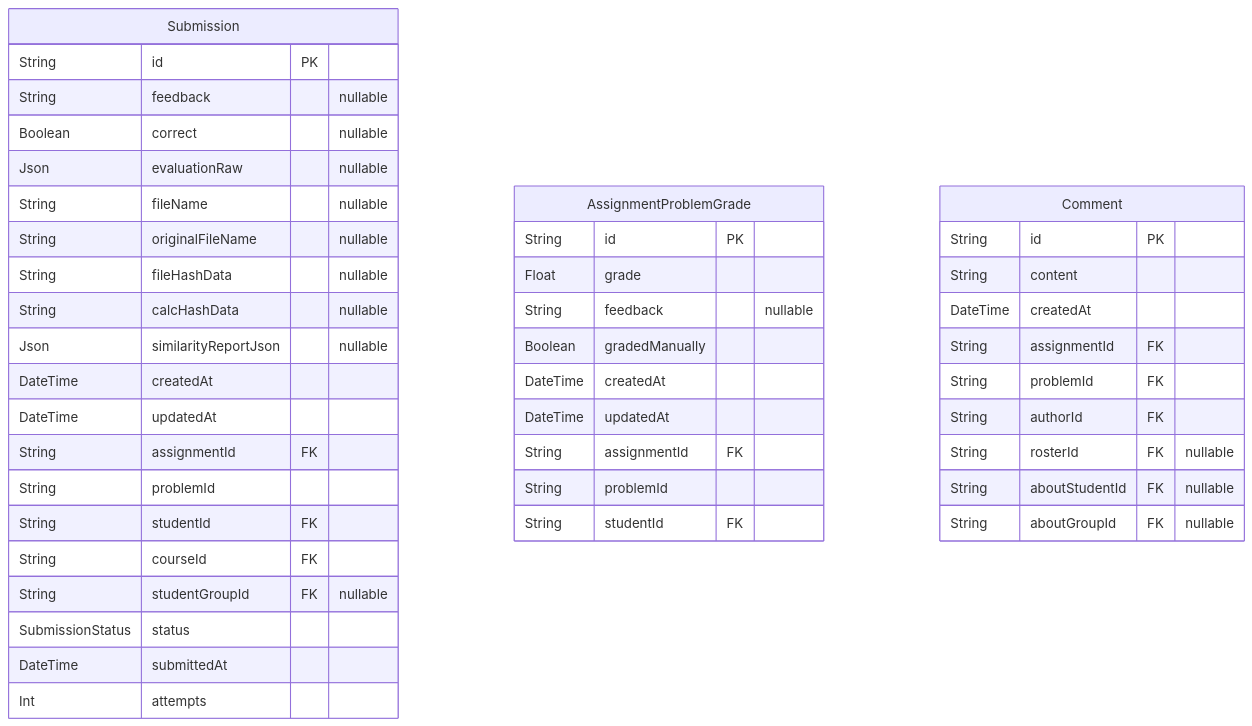
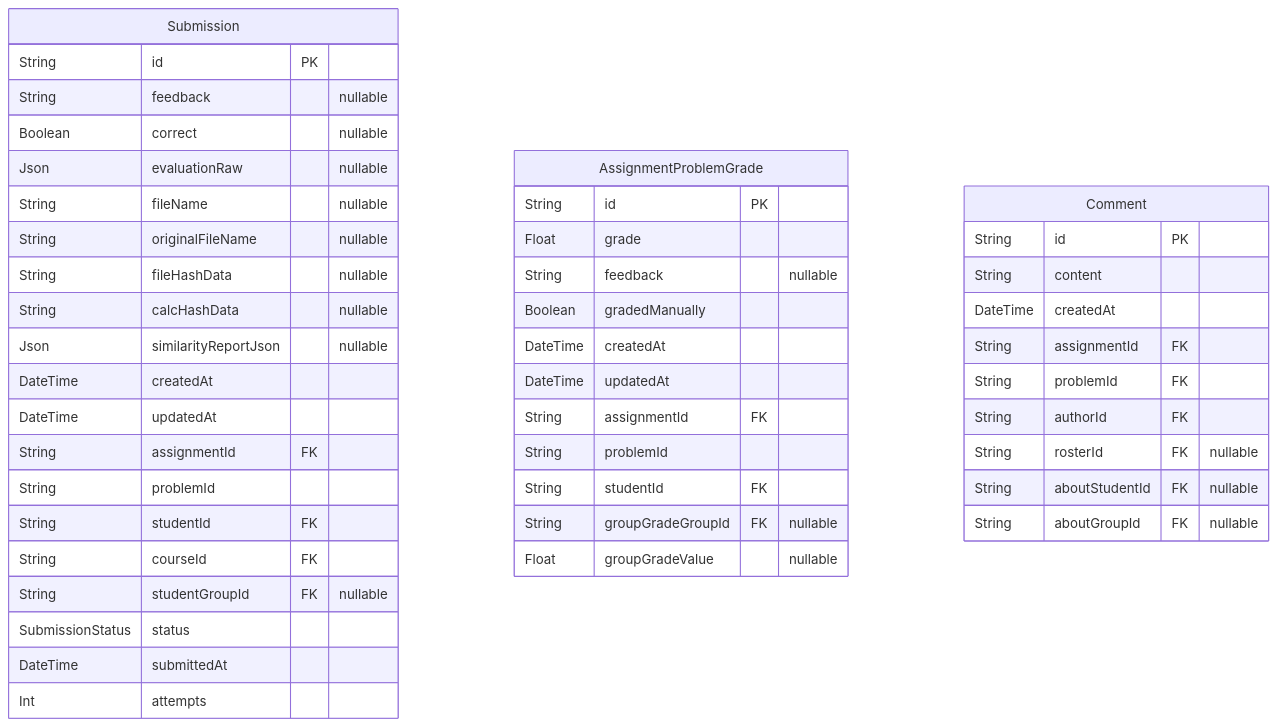
One commit to PennStateCS/AFCT changed the fourth of 5 diagrams in docs-site/docs/reference/database-schema.md. Above: the diagram before and after it, drawn with Mermaid. The commit also changed other lines of this file and 3 other files, not shown here.

````diff
--- a/docs-site/docs/reference/database-schema.md
+++ b/docs-site/docs/reference/database-schema.md
@@ -479,46 +479,48 @@
 ```mermaid
 erDiagram
 "Submission" {
   String id PK
   String feedback "nullable"
   Boolean correct "nullable"
   Json evaluationRaw "nullable"
   String fileName "nullable"
   String originalFileName "nullable"
   String fileHashData "nullable"
   String calcHashData "nullable"
   Json similarityReportJson "nullable"
   DateTime createdAt
   DateTime updatedAt
   String assignmentId FK
   String problemId
   String studentId FK
   String courseId FK
   String studentGroupId FK "nullable"
   SubmissionStatus status
   DateTime submittedAt
   Int attempts
 }
 "AssignmentProblemGrade" {
   String id PK
   Float grade
   String feedback "nullable"
   Boolean gradedManually
   DateTime createdAt
   DateTime updatedAt
   String assignmentId FK
   String problemId
   String studentId FK
+  String groupGradeGroupId FK "nullable"
+  Float groupGradeValue "nullable"
 }
 "Comment" {
   String id PK
   String content
   DateTime createdAt
   String assignmentId FK
   String problemId FK
   String authorId FK
   String rosterId FK "nullable"
   String aboutStudentId FK "nullable"
   String aboutGroupId FK "nullable"
 }
 ```
````
